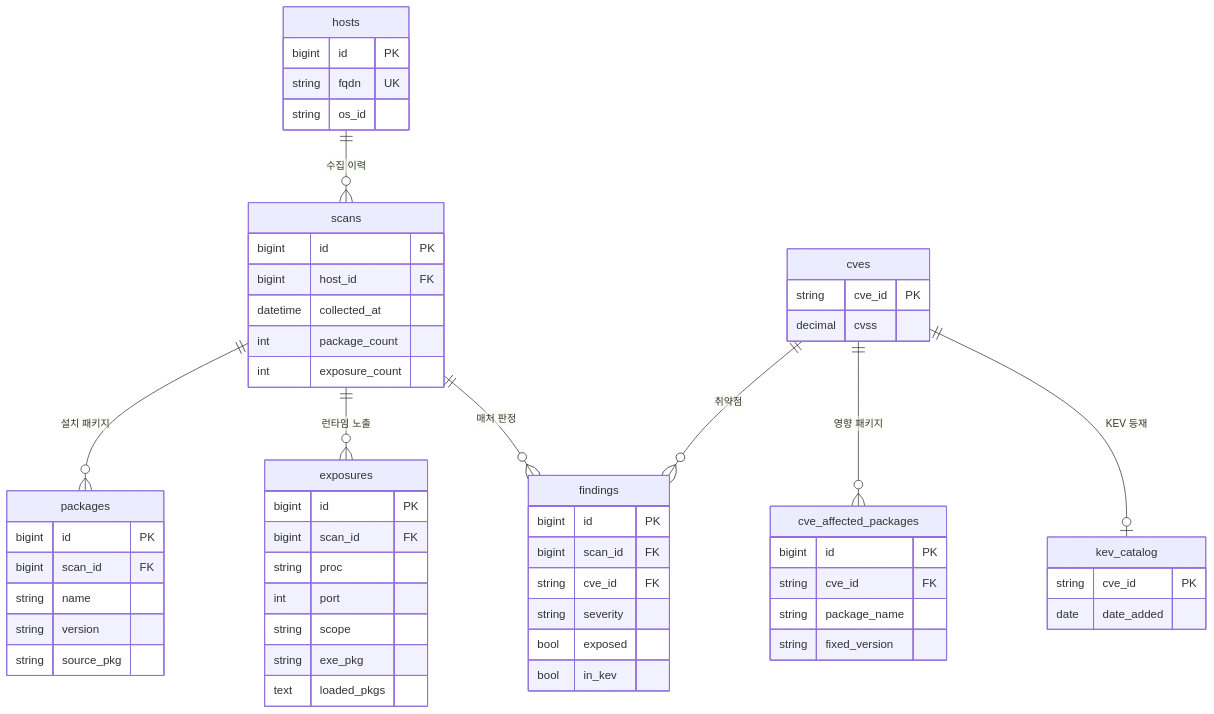
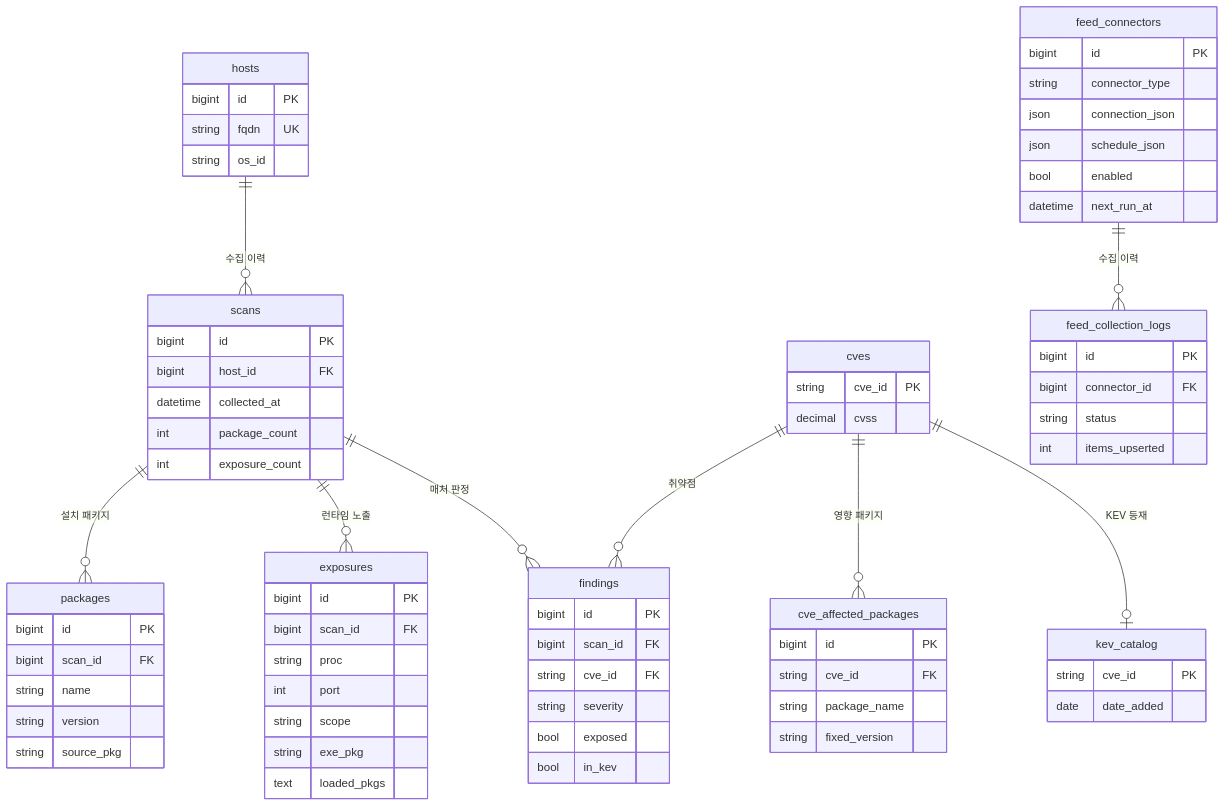
One commit to JeongDoWook/vuln-agent changed the fifth of 5 diagrams in docs/architecture.md. Above: the diagram before and after it, drawn with Mermaid. The commit also changed other lines of this file and 12 other files, not shown here.

````diff
--- a/docs/architecture.md
+++ b/docs/architecture.md
@@ -124,61 +163,76 @@
 ```mermaid
 erDiagram
     hosts ||--o{ scans : "수집 이력"
     scans ||--o{ packages : "설치 패키지"
     scans ||--o{ exposures : "런타임 노출"
     scans ||--o{ findings : "매처 판정"
     cves  ||--o{ cve_affected_packages : "영향 패키지"
     cves  ||--o{ findings : "취약점"
     cves  ||--o| kev_catalog : "KEV 등재"
+    feed_connectors ||--o{ feed_collection_logs : "수집 이력"
 
     hosts {
         bigint id PK
         string fqdn UK
         string os_id
     }
     scans {
         bigint id PK
         bigint host_id FK
         datetime collected_at
         int package_count
         int exposure_count
     }
     packages {
         bigint id PK
         bigint scan_id FK
         string name
         string version
         string source_pkg
     }
     exposures {
         bigint id PK
         bigint scan_id FK
         string proc
         int port
         string scope
         string exe_pkg
         text loaded_pkgs
     }
     findings {
         bigint id PK
         bigint scan_id FK
         string cve_id FK
         string severity
         bool exposed
         bool in_kev
     }
     cves {
         string cve_id PK
         decimal cvss
     }
     kev_catalog {
         string cve_id PK
         date date_added
     }
     cve_affected_packages {
         bigint id PK
         string cve_id FK
         string package_name
         string fixed_version
     }
+    feed_connectors {
+        bigint id PK
+        string connector_type
+        json connection_json
+        json schedule_json
+        bool enabled
+        datetime next_run_at
+    }
+    feed_collection_logs {
+        bigint id PK
+        bigint connector_id FK
+        string status
+        int items_upserted
+    }
 ```
````
